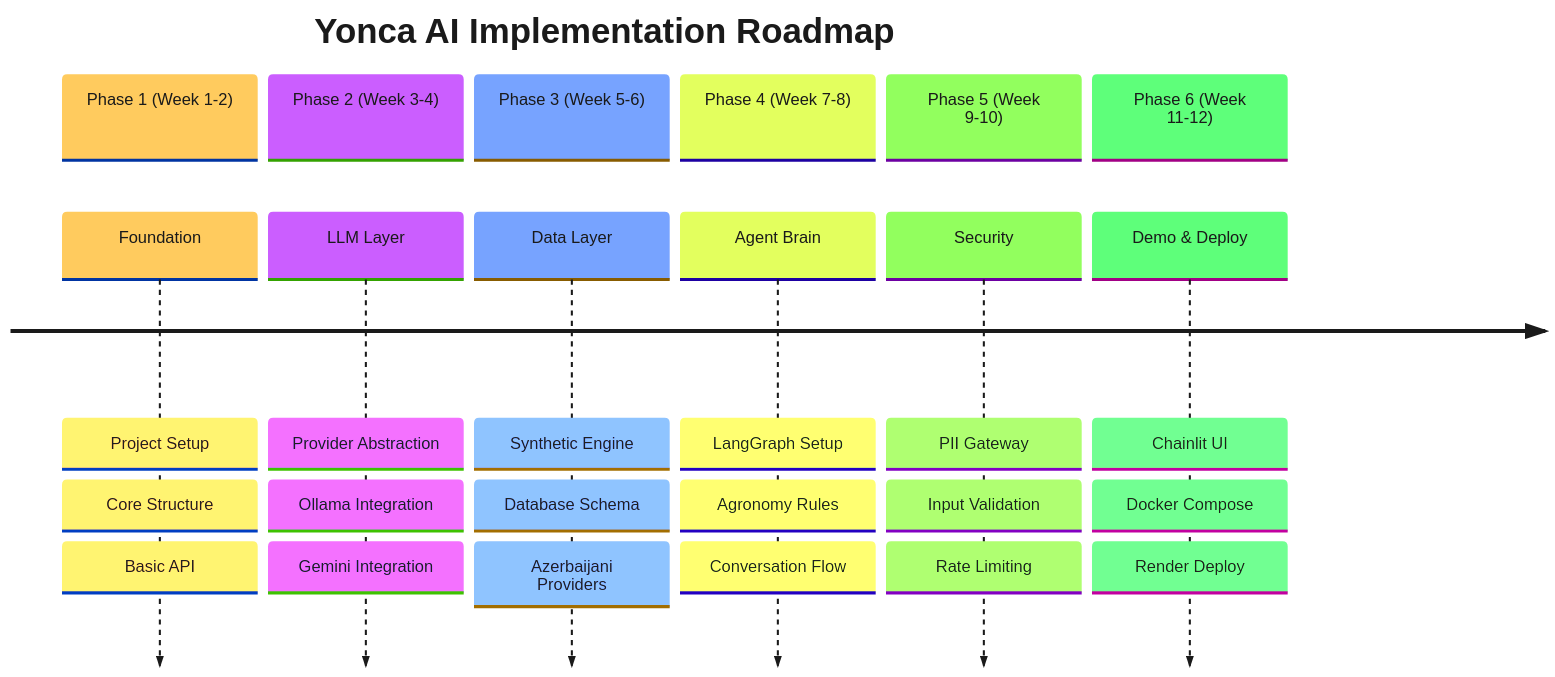
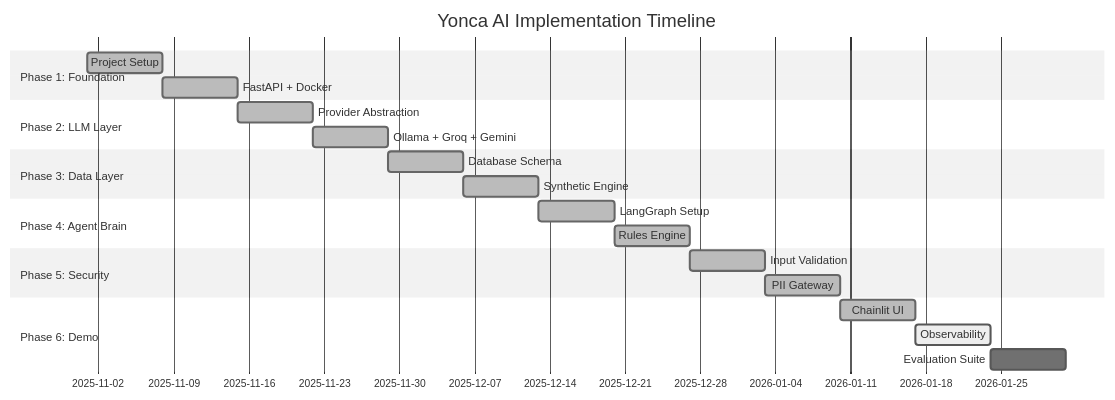
One commit to Px8Studio/yonja changed the second of 3 diagrams in docs/zekalab/13-IMPLEMENTATION-PLAN.md. Above: the diagram before and after it, drawn with Mermaid. The commit also changed other lines of this file and 15 other files, not shown here.

````diff
--- a/docs/zekalab/13-IMPLEMENTATION-PLAN.md
+++ b/docs/zekalab/13-IMPLEMENTATION-PLAN.md
@@ -9,35 +22,25 @@
 ```mermaid
-%%{init: {'theme': 'base', 'themeVariables': { 'primaryTextColor': '#1a1a1a', 'lineColor': '#424242'}}}%%
-timeline
-    title Yonca AI Implementation Roadmap
-    
-    section Phase 1 (Week 1-2)
-        Foundation : Project Setup
-                   : Core Structure
-                   : Basic API
-    
-    section Phase 2 (Week 3-4)
-        LLM Layer : Provider Abstraction
-                  : Ollama Integration
-                  : Gemini Integration
-    
-    section Phase 3 (Week 5-6)
-        Data Layer : Synthetic Engine
-                   : Database Schema
-                   : Azerbaijani Providers
-    
-    section Phase 4 (Week 7-8)
-        Agent Brain : LangGraph Setup
-                    : Agronomy Rules
-                    : Conversation Flow
-    
-    section Phase 5 (Week 9-10)
-        Security : PII Gateway
-                 : Input Validation
-                 : Rate Limiting
-    
-    section Phase 6 (Week 11-12)
-        Demo & Deploy : Chainlit UI
-                      : Docker Compose
-                      : Render Deploy
+%%{init: {'theme': 'neutral'}}%%
+gantt
+    title Yonca AI Implementation Timeline
+    dateFormat  YYYY-MM-DD
+    section Phase 1: Foundation
+    Project Setup           :done, p1a, 2025-11-01, 7d
+    FastAPI + Docker        :done, p1b, after p1a, 7d
+    section Phase 2: LLM Layer
+    Provider Abstraction    :done, p2a, after p1b, 7d
+    Ollama + Groq + Gemini  :done, p2b, after p2a, 7d
+    section Phase 3: Data Layer
+    Database Schema         :done, p3a, after p2b, 7d
+    Synthetic Engine        :done, p3b, after p3a, 7d
+    section Phase 4: Agent Brain
+    LangGraph Setup         :done, p4a, after p3b, 7d
+    Rules Engine            :done, p4b, after p4a, 7d
+    section Phase 5: Security
+    Input Validation        :done, p5a, after p4b, 7d
+    PII Gateway             :done, p5b, after p5a, 7d
+    section Phase 6: Demo
+    Chainlit UI             :done, p6a, after p5b, 7d
+    Observability           :active, p6b, after p6a, 7d
+    Evaluation Suite        :p6c, after p6b, 7d
 ```
````
